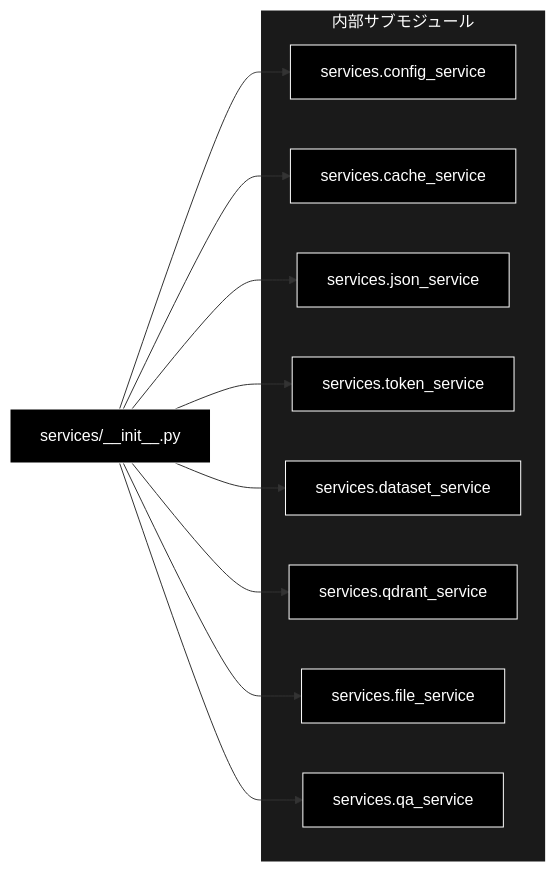
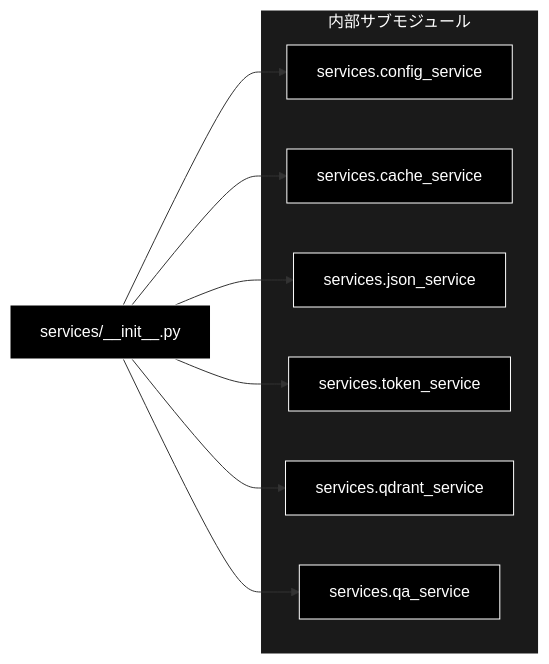
Before and after one commit to nakashima2toshio/grace_v2_local: the third of 3 diagrams in services/docs/__init__.md, drawn with Mermaid. The commit also changed other lines of this file and 11 other files, not shown here.

First line of the commit message:
chore(services): 呼び出し元の無い dataset_service / file_service を削除する

````diff
--- a/services/docs/__init__.md
+++ b/services/docs/__init__.md
@@ -476,28 +432,24 @@
 ```mermaid
 flowchart LR
     INIT["services/__init__.py"]
 
     subgraph INTERNAL["内部サブモジュール"]
         I1["services.config_service"]
         I2["services.cache_service"]
         I3["services.json_service"]
         I4["services.token_service"]
-        I5["services.dataset_service"]
-        I6["services.qdrant_service"]
-        I7["services.file_service"]
-        I8["services.qa_service"]
+        I5["services.qdrant_service"]
+        I6["services.qa_service"]
     end
 
     INIT --> I1
     INIT --> I2
     INIT --> I3
     INIT --> I4
     INIT --> I5
     INIT --> I6
-    INIT --> I7
-    INIT --> I8
 classDef default fill:#000,stroke:#fff,color:#fff
 classDef subgraphStyle fill:#1a1a1a,stroke:#fff,color:#fff
-class INIT,I1,I2,I3,I4,I5,I6,I7,I8 default
+class INIT,I1,I2,I3,I4,I5,I6 default
 style INTERNAL fill:#1a1a1a,stroke:#fff,color:#fff
 ```
````
